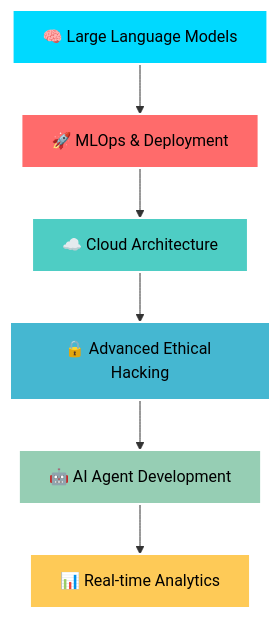
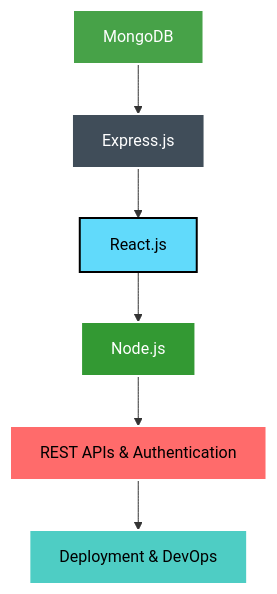
One commit to RoshanGhimire00/RoshanGhimire00 changed the diagram in README.md. Above: the diagram before and after it, drawn with Mermaid. The commit also changed other lines of this file, not shown here.

````diff
--- a/README.md
+++ b/README.md
@@ -98,15 +97,16 @@
 ```mermaid
 graph TD
-    A[🧠 Large Language Models] --> B[🚀 MLOps & Deployment]
-    B --> C[☁️ Cloud Architecture]
-    C --> D[🔒 Advanced Ethical Hacking]
-    D --> E[🤖 AI Agent Development]
-    E --> F[📊 Real-time Analytics]
-    
-    style A fill:#00d9ff,stroke:#fff,stroke-width:2px,color:#000
-    style B fill:#ff6b6b,stroke:#fff,stroke-width:2px,color:#000
-    style C fill:#4ecdc4,stroke:#fff,stroke-width:2px,color:#000
-    style D fill:#45b7d1,stroke:#fff,stroke-width:2px,color:#000
-    style E fill:#96ceb4,stroke:#fff,stroke-width:2px,color:#000
-    style F fill:#feca57,stroke:#fff,stroke-width:2px,color:#000
+    A[MongoDB] --> B[Express.js]
+    B --> C[React.js]
+    C --> D[Node.js]
+    D --> E[REST APIs & Authentication]
+    E --> F[Deployment & DevOps]
+
+    style A fill:#47A248,stroke:#fff,stroke-width:2px,color:#fff
+    style B fill:#404D59,stroke:#fff,stroke-width:2px,color:#fff
+    style C fill:#61DAFB,stroke:#000,stroke-width:2px,color:#000
+    style D fill:#339933,stroke:#fff,stroke-width:2px,color:#fff
+    style E fill:#FF6B6B,stroke:#fff,stroke-width:2px,color:#000
+    style F fill:#4ecdc4,stroke:#fff,stroke-width:2px,color:#000
+
 ```
````
